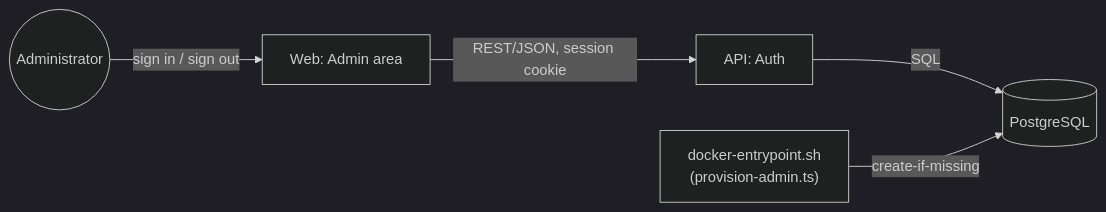
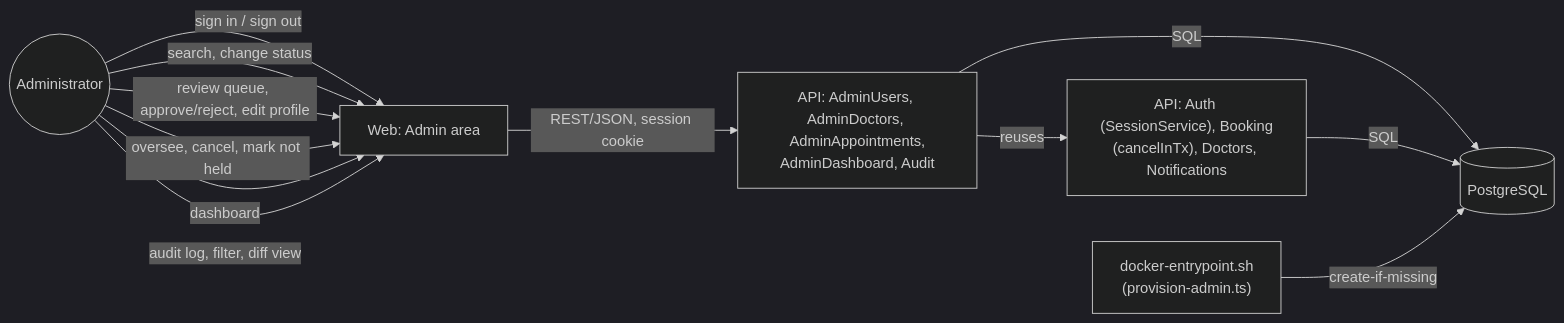
One commit to alhexjustine/telehealth changed the diagram in docs/modules/admin.md. Above: the diagram before and after it, drawn with Mermaid (dark theme). The commit also changed other lines of this file and 114 other files, not shown here.

First line of the commit message:
feat: add admin console and immutable audit log (add-admin-console)

````diff
--- a/docs/modules/admin.md
+++ b/docs/modules/admin.md
@@ -29,7 +221,14 @@
 ```mermaid
 flowchart LR
   Adm((Administrator)) -->|"sign in / sign out"| W[Web: Admin area]
-  W -->|"REST/JSON, session cookie"| A["API: Auth"]
+  Adm -->|"search, change status"| W
+  Adm -->|"review queue, approve/reject, edit profile"| W
+  Adm -->|"oversee, cancel, mark not held"| W
+  Adm -->|"dashboard"| W
+  Adm -->|"audit log, filter, diff view"| W
+  W -->|"REST/JSON, session cookie"| A["API: AdminUsers, AdminDoctors, AdminAppointments,\nAdminDashboard, Audit"]
+  A -->|"reuses"| B["API: Auth (SessionService), Booking\n(cancelInTx), Doctors, Notifications"]
   A -->|"SQL"| D[(PostgreSQL)]
+  B -->|"SQL"| D
   Prov["docker-entrypoint.sh\n(provision-admin.ts)"] -->|"create-if-missing"| D
 ```
````
